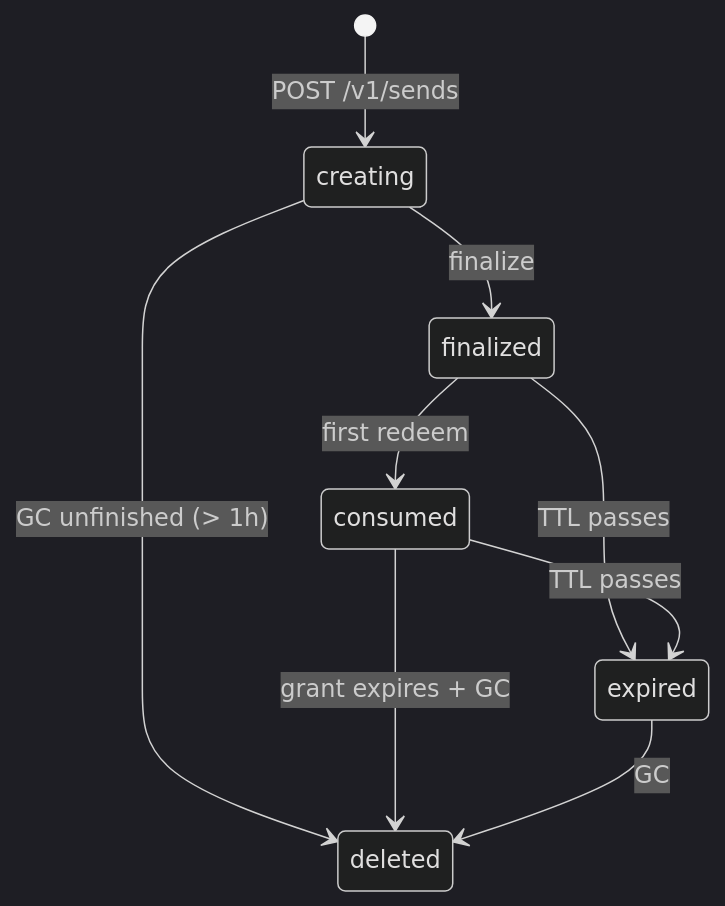
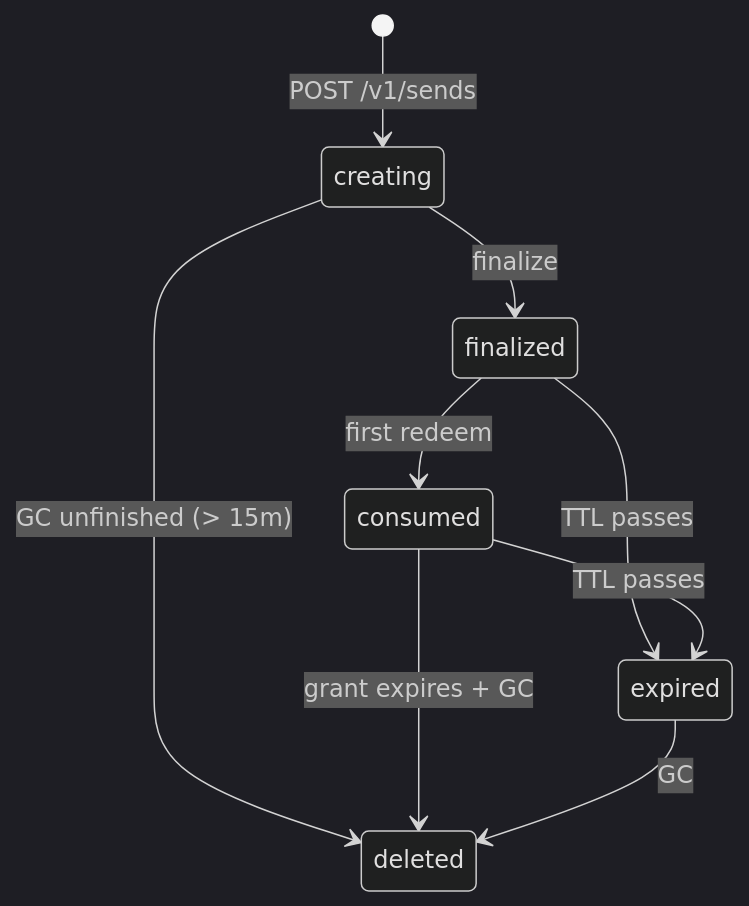
Before and after one commit to archcore-ai/send: the first of 2 diagrams in .archcore/specs/backend-http-api.spec.md, drawn with Mermaid (dark theme). The commit also changed other lines of this file and 6 other files, not shown here.

````diff
--- a/.archcore/specs/backend-http-api.spec.md
+++ b/.archcore/specs/backend-http-api.spec.md
@@ -67,11 +70,11 @@
 ```mermaid
 stateDiagram-v2
   [*] --> creating: POST /v1/sends
   creating --> finalized: finalize
-  creating --> deleted: GC unfinished (> 1h)
+  creating --> deleted: GC unfinished (> 15m)
   finalized --> consumed: first redeem
   finalized --> expired: TTL passes
   consumed --> expired: TTL passes
   consumed --> deleted: grant expires + GC
   expired --> deleted: GC
 ```
````
